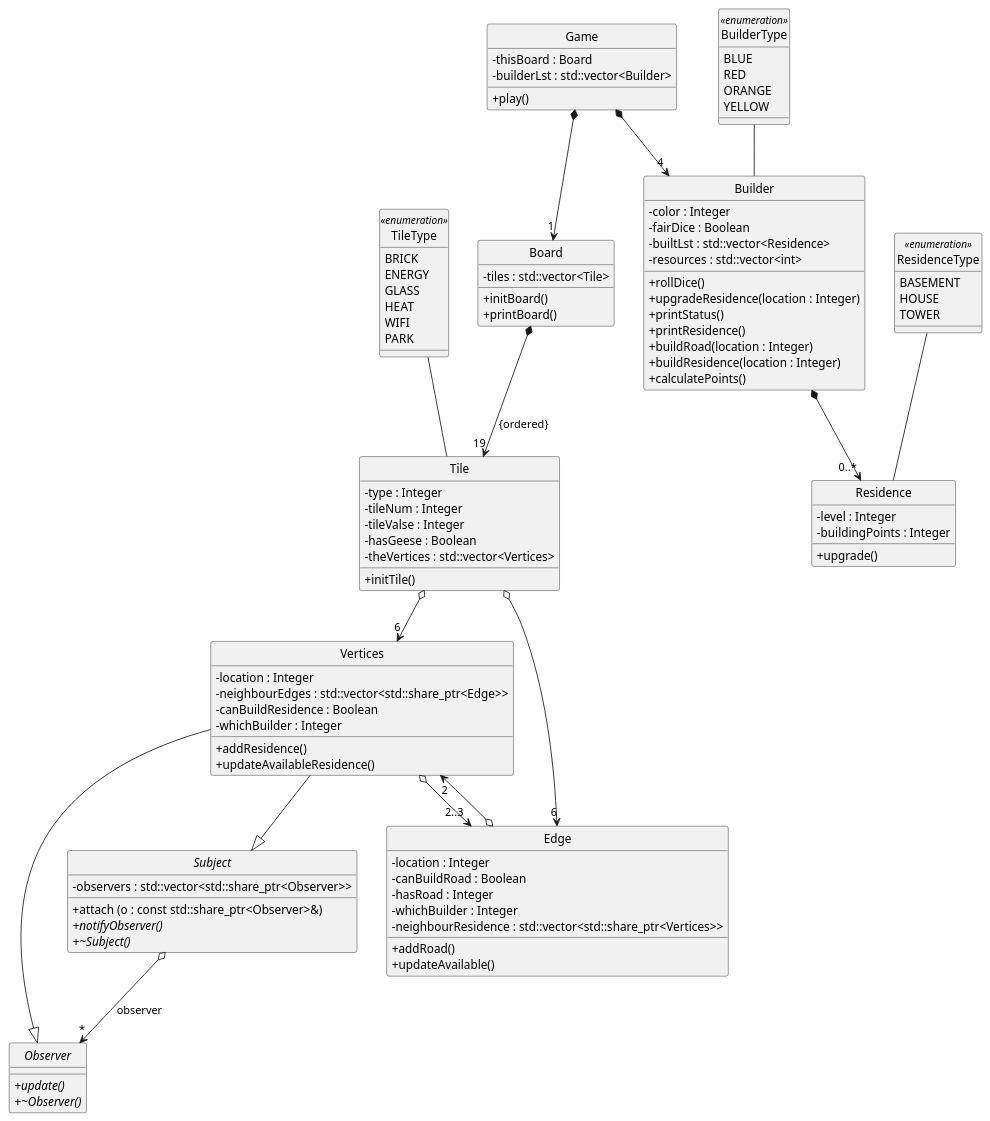
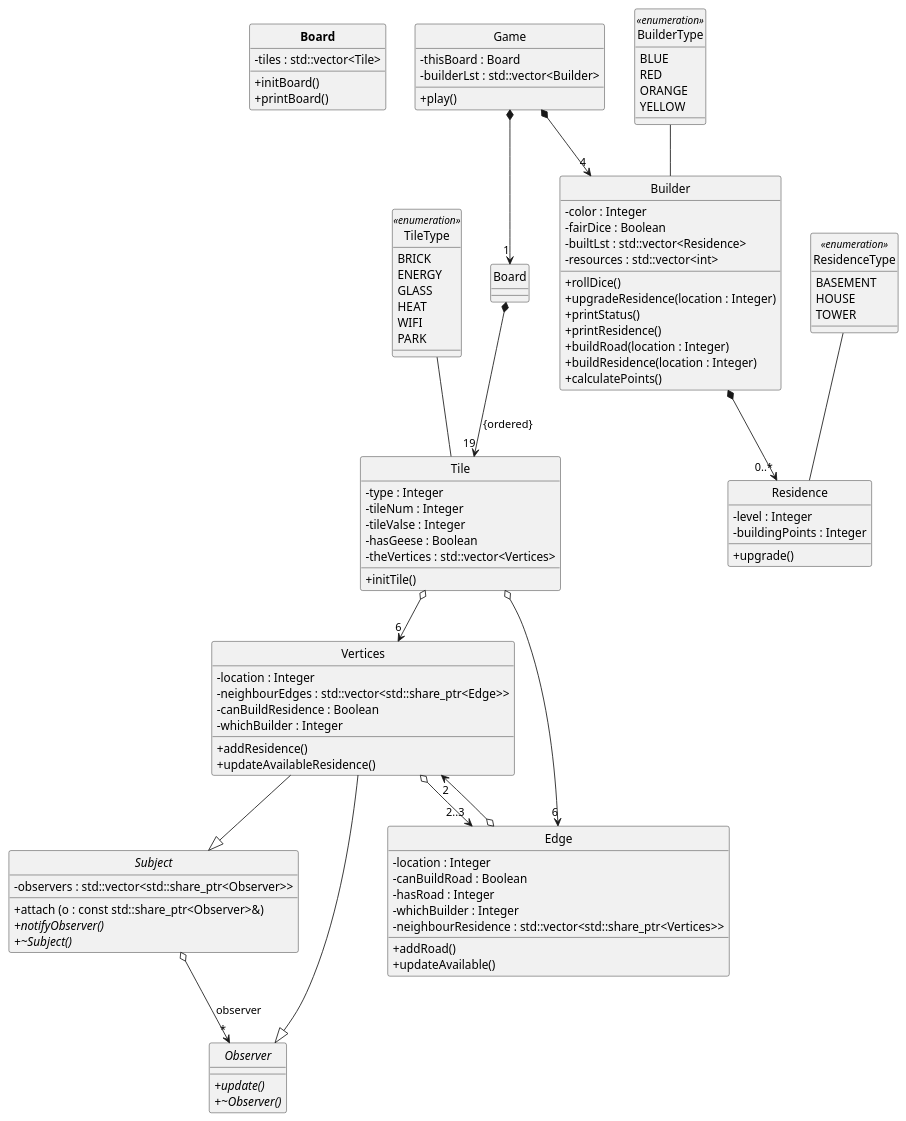
The diagram in UML.wsd (Charles-Shang/constructor), drawn with PlantUML before and after one commit.

Commit message:
Update UML.wsd
add bold

```diff
--- a/UML.wsd
+++ b/UML.wsd
@@ -1,115 +1,115 @@
-@startuml CS246 Final Project UML 
+@startuml CS246 Final Project UML ddl#1
 skinparam style strictuml
 skinparam SequenceMessageAlignment center
 skinparam classAttributeIconSize 0
 
 
-class Board  {
+class "**Board**"  {
     -tiles : std::vector<Tile>
     +initBoard()
     +printBoard()
 } 
 
 enum TileType << enumeration >> {
     BRICK 
     ENERGY 
     GLASS 
     HEAT 
     WIFI 
     PARK
 }
 
 class Tile {
     - type : Integer
     - tileNum : Integer
     - tileValse : Integer
     - hasGeese : Boolean
     - theVertices : std::vector<Vertices>
     + initTile()
 } 
 abstract class Observer {
     + {abstract} update()
     + {abstract} ~Observer()
 }
 
 abstract class Subject {
     - observers : std::vector<std::share_ptr<Observer>>
     + attach (o : const std::share_ptr<Observer>&)
     + {abstract} notifyObserver()
     + {abstract} ~Subject()
 }
 
 class Vertices {
     - location : Integer
     - neighbourEdges : std::vector<std::share_ptr<Edge>> 
     - canBuildResidence : Boolean
     - whichBuilder : Integer
     + addResidence()
     + updateAvailableResidence()
 }
 
 class Edge {
     - location : Integer 
     - canBuildRoad : Boolean
     - hasRoad : Integer 
     - whichBuilder : Integer 
     - neighbourResidence : std::vector<std::share_ptr<Vertices>>
     + addRoad()
     + updateAvailable() 
 }
 
 enum BuilderType << enumeration >> {
     BLUE 
     RED 
     ORANGE 
     YELLOW 
 }
 
 class Builder {
     - color : Integer 
     - fairDice : Boolean
     - builtLst : std::vector<Residence> 
     - resources : std::vector<int>
     + rollDice()
     + upgradeResidence(location : Integer)
     + printStatus()
     + printResidence()
     + buildRoad(location : Integer) 
     + buildResidence(location : Integer)
     + calculatePoints()
 }
 
 enum ResidenceType << enumeration >> {
     BASEMENT 
     HOUSE
     TOWER  
 }
 
 class Residence {
     - level : Integer 
     - buildingPoints : Integer 
     + upgrade()
 }
 
 class Game {
     - thisBoard : Board 
     - builderLst : std::vector<Builder>
     + play()
 }
 
 Game *--> "1" Board
 Subject o--> "*" Observer : "observer"
 Vertices --|> Subject 
 Vertices --|> Observer 
 Vertices o--> "2..3" Edge 
 Edge o--> "2" Vertices
 Game *--> "4" Builder
 Board *--> "19" Tile : {ordered}
 Tile o--> "6" Edge
 Tile o--> "6" Vertices
 Builder *--> "0..*"Residence
 BuilderType -- Builder 
 TileType -- Tile 
 ResidenceType -- Residence
 
 @enduml
```
